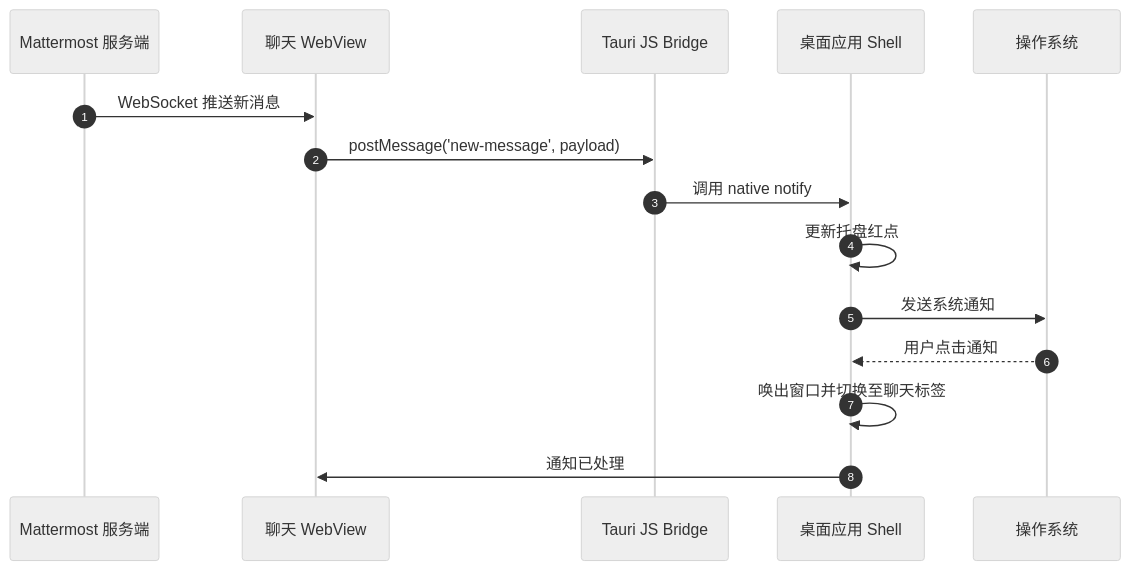
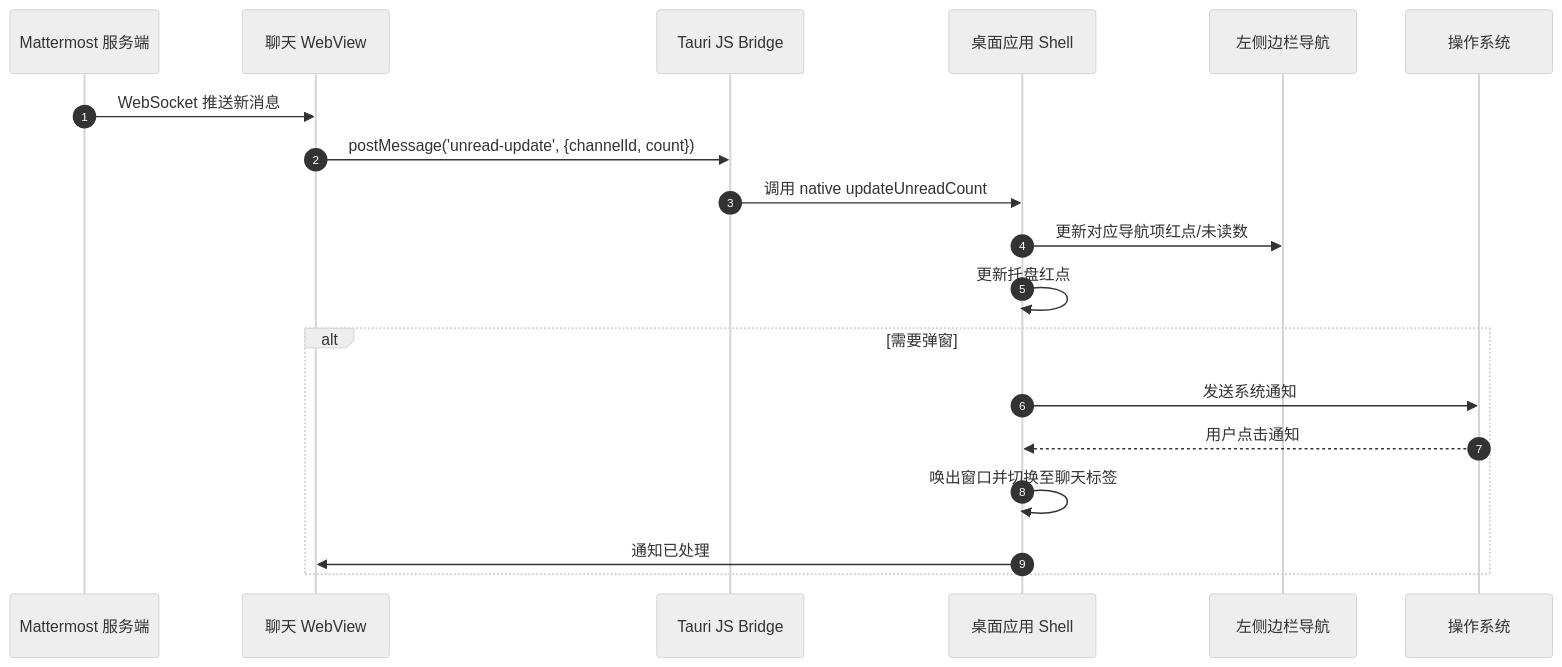
One commit to sushanglewis/WeLink changed the third of 4 diagrams in issue-11/designs/issue-11/flows.md. Above: the diagram before and after it, drawn with Mermaid (neutral theme). The commit also changed other lines of this file and 3 other files, not shown here.

````diff
--- a/issue-11/designs/issue-11/flows.md
+++ b/issue-11/designs/issue-11/flows.md
@@ -56,18 +56,22 @@
 ```mermaid
 sequenceDiagram
     autonumber
     participant MM as Mattermost 服务端
     participant WV as 聊天 WebView
     participant Bridge as Tauri JS Bridge
     participant App as 桌面应用 Shell
+    participant Sidebar as 左侧边栏导航
     participant OS as 操作系统
 
     MM->>WV: WebSocket 推送新消息
-    WV->>Bridge: postMessage('new-message', payload)
-    Bridge->>App: 调用 native notify
+    WV->>Bridge: postMessage('unread-update', {channelId, count})
+    Bridge->>App: 调用 native updateUnreadCount
+    App->>Sidebar: 更新对应导航项红点/未读数
     App->>App: 更新托盘红点
-    App->>OS: 发送系统通知
-    OS-->>App: 用户点击通知
-    App->>App: 唤出窗口并切换至聊天标签
-    App->>WV: 通知已处理
+    alt 需要弹窗
+        App->>OS: 发送系统通知
+        OS-->>App: 用户点击通知
+        App->>App: 唤出窗口并切换至聊天标签
+        App->>WV: 通知已处理
+    end
 ```
````
